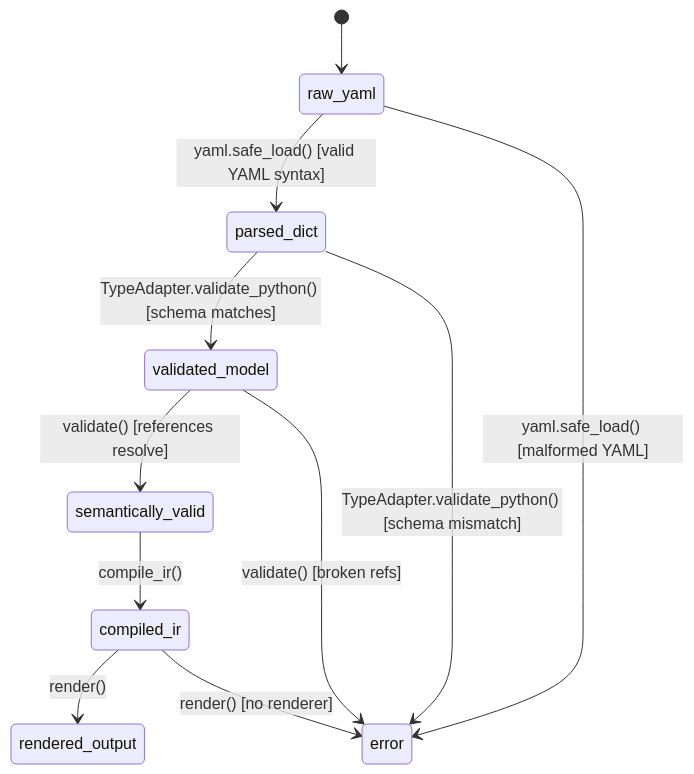
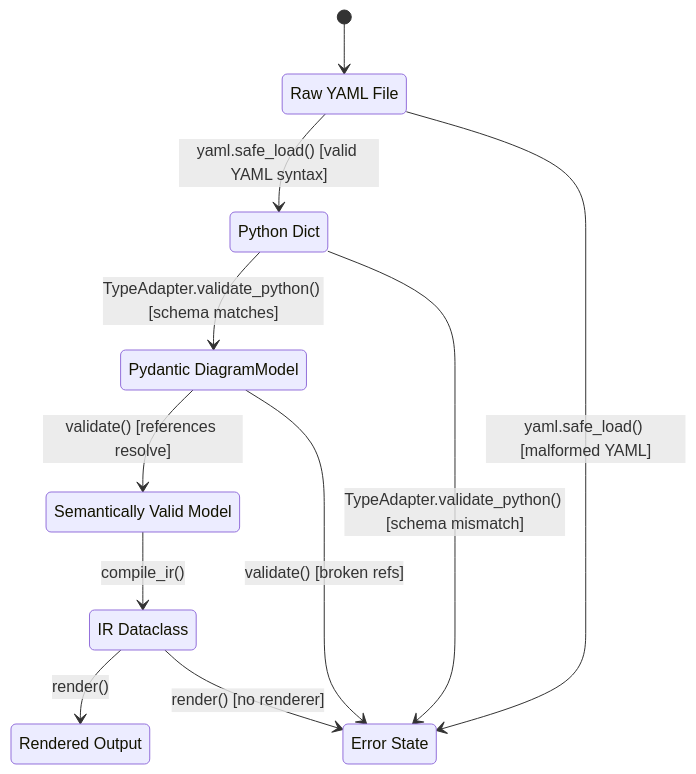
Before and after one commit to jpcosec/spec2viz: the diagram in docs/architecture/spec2viz/state-diagram-type-lifecycle.mmd, drawn with Mermaid. The commit also changed 7 other files, not shown here.

First line of the commit message:
chore(docs): regenerar proyecciones mermaid y bundle de arquitectura desde los specs

```diff
--- a/docs/architecture/spec2viz/state-diagram-type-lifecycle.mmd
+++ b/docs/architecture/spec2viz/state-diagram-type-lifecycle.mmd
@@ -1,11 +1,18 @@
 stateDiagram-v2
+    state "Raw YAML File" as raw_yaml
+    state "Python Dict" as parsed_dict
+    state "Pydantic DiagramModel" as validated_model
+    state "Semantically Valid Model" as semantically_valid
+    state "IR Dataclass" as compiled_ir
+    state "Rendered Output" as rendered_output
+    state "Error State" as error
     [*] --> raw_yaml
     raw_yaml --> parsed_dict : yaml.safe_load() [valid YAML syntax]
     raw_yaml --> error : yaml.safe_load() [malformed YAML]
     parsed_dict --> validated_model : TypeAdapter.validate_python() [schema matches]
     parsed_dict --> error : TypeAdapter.validate_python() [schema mismatch]
     validated_model --> semantically_valid : validate() [references resolve]
     validated_model --> error : validate() [broken refs]
     semantically_valid --> compiled_ir : compile_ir()
     compiled_ir --> rendered_output : render()
     compiled_ir --> error : render() [no renderer]
```
